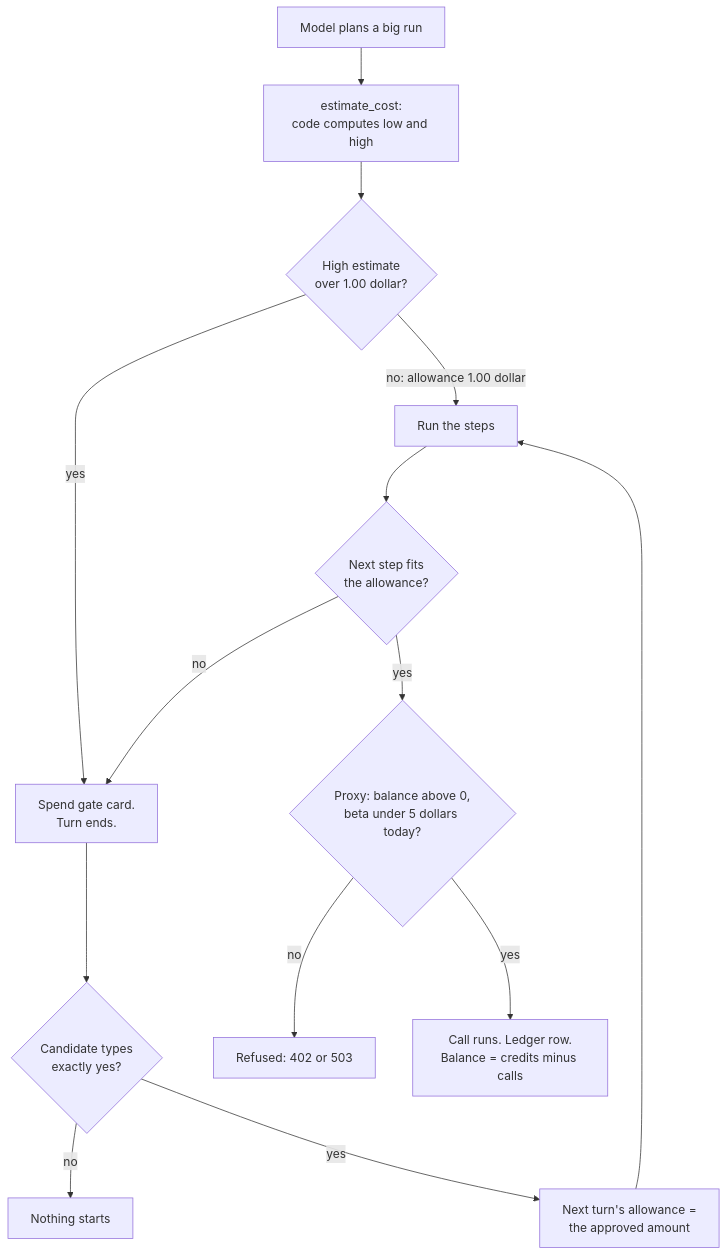
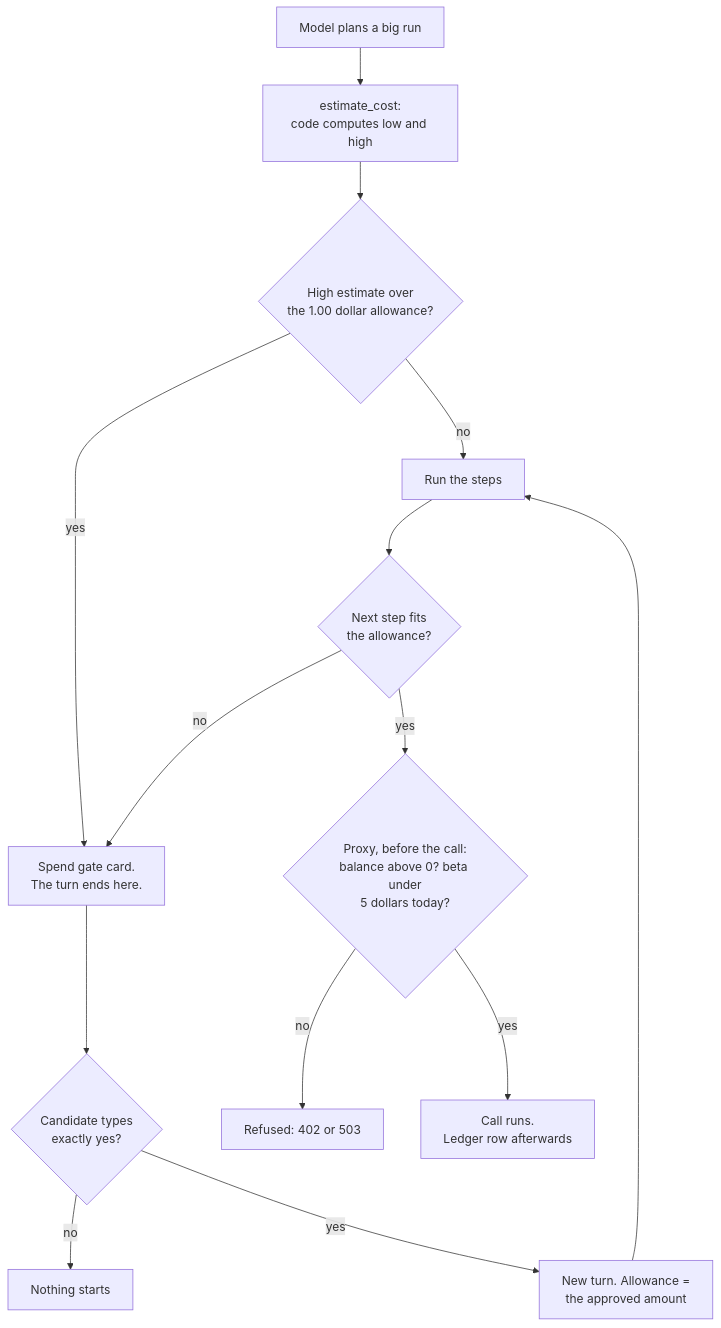
Before and after one commit to tydev-new/10xjobs-careercoach: the third of 6 diagrams in docs/ARCHITECTURE.md, drawn with Mermaid. The commit also changed other lines of this file, not shown here.

First line of the commit message:
docs(ARCHITECTURE): fix round 1 — honest money bounds, glossary, who reads what

````diff
--- a/docs/ARCHITECTURE.md
+++ b/docs/ARCHITECTURE.md
@@ -134,16 +175,16 @@
 ```mermaid
 flowchart TD
   A["Model plans a big run"] --> B["estimate_cost:<br/>code computes low and high"]
-  B --> C{"High estimate<br/>over 1.00 dollar?"}
-  C -->|"no: allowance 1.00 dollar"| E["Run the steps"]
-  C -->|yes| D["Spend gate card.<br/>Turn ends."]
+  B --> C{"High estimate over<br/>the 1.00 dollar allowance?"}
+  C -->|no| E["Run the steps"]
+  C -->|yes| D["Spend gate card.<br/>The turn ends here."]
   D --> Y{"Candidate types<br/>exactly yes?"}
   Y -->|no| N["Nothing starts"]
-  Y -->|yes| F["Next turn's allowance =<br/>the approved amount"]
+  Y -->|yes| F["New turn. Allowance =<br/>the approved amount"]
   F --> E
   E --> G{"Next step fits<br/>the allowance?"}
   G -->|no| D
-  G -->|yes| H{"Proxy: balance above 0,<br/>beta under 5 dollars today?"}
+  G -->|yes| H{"Proxy, before the call:<br/>balance above 0? beta under<br/>5 dollars today?"}
   H -->|no| R["Refused: 402 or 503"]
-  H -->|yes| L["Call runs. Ledger row.<br/>Balance = credits minus calls"]
+  H -->|yes| L["Call runs.<br/>Ledger row afterwards"]
 ```
````
